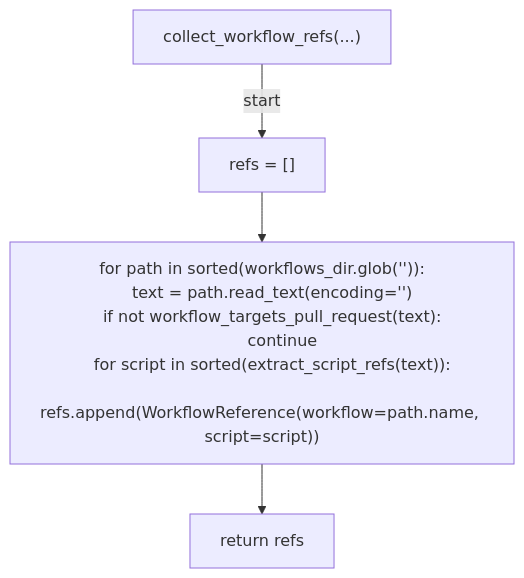
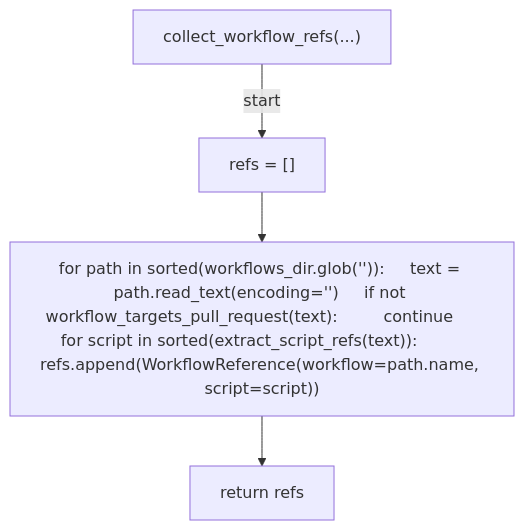
Before and after one commit to tvna/claude-md: the third of 7 diagrams in docs/generated/scripts/ast/scan_preflight_drift.md, drawn with Mermaid. The commit also changed other lines of this file and 23 other files, not shown here.

First line of the commit message:
docs(generated): regenerate decision tree and workflow diagrams (batch 4/5)

````diff
--- a/docs/generated/scripts/ast/scan_preflight_drift.md
+++ b/docs/generated/scripts/ast/scan_preflight_drift.md
@@ -50,15 +31,10 @@
 ```mermaid
 flowchart TD
     N001["collect_workflow_refs(...)"]
     N002["refs = []"]
-    N003["for path in sorted(workflows_dir.glob('<str>')):
-    text = path.read_text(encoding='<str>')
-    if not workflow_targets_pull_request(text):
-        continue
-    for script in sorted(extract_script_refs(text)):
-        refs.append(WorkflowReference(workflow=path.name, script=script))"]
+    N003["for path in sorted(workflows_dir.glob('<str>')):     text = path.read_text(encoding='<str>')     if not workflow_targets_pull_request(text):         continue     for script in sorted(extract_script_refs(text)):         refs.append(WorkflowReference(workflow=path.name, script=script))"]
     N004["return refs"]
     N001 -->|"start"| N002
     N002 --> N003
     N003 --> N004
 ```
````
